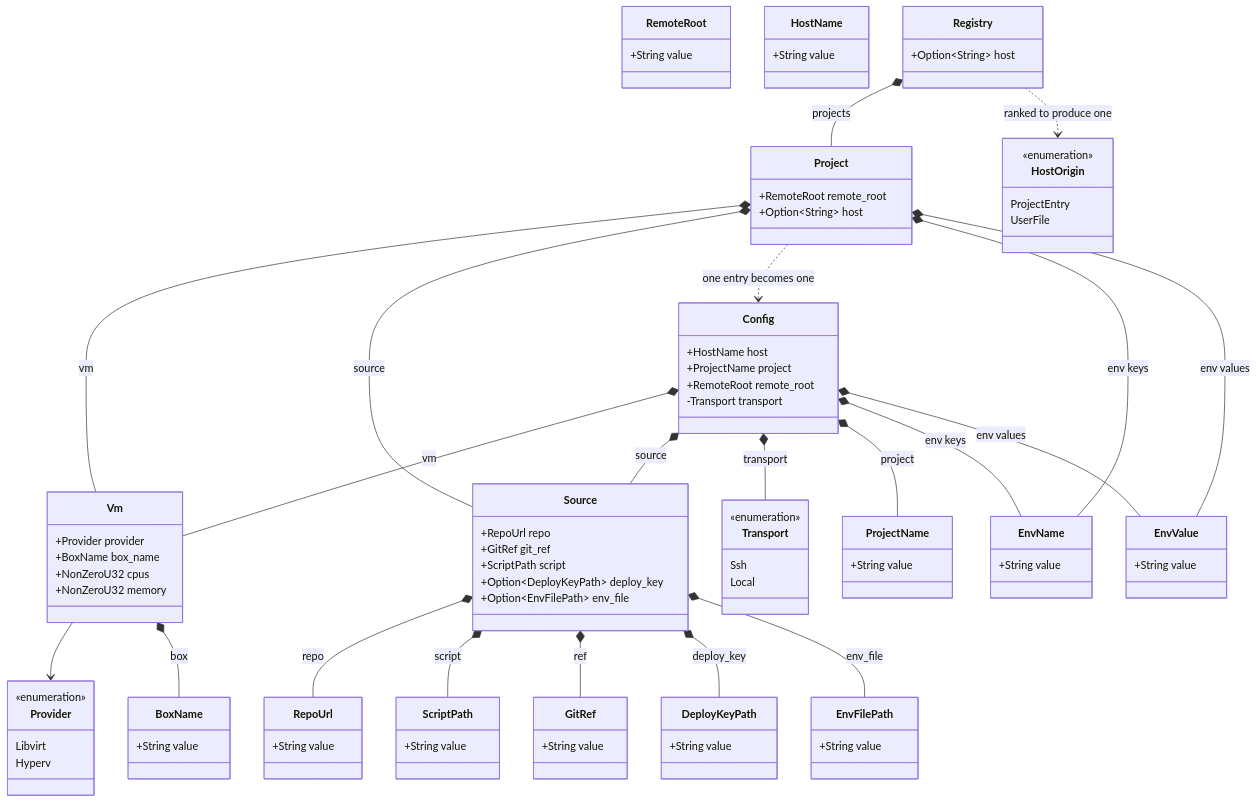
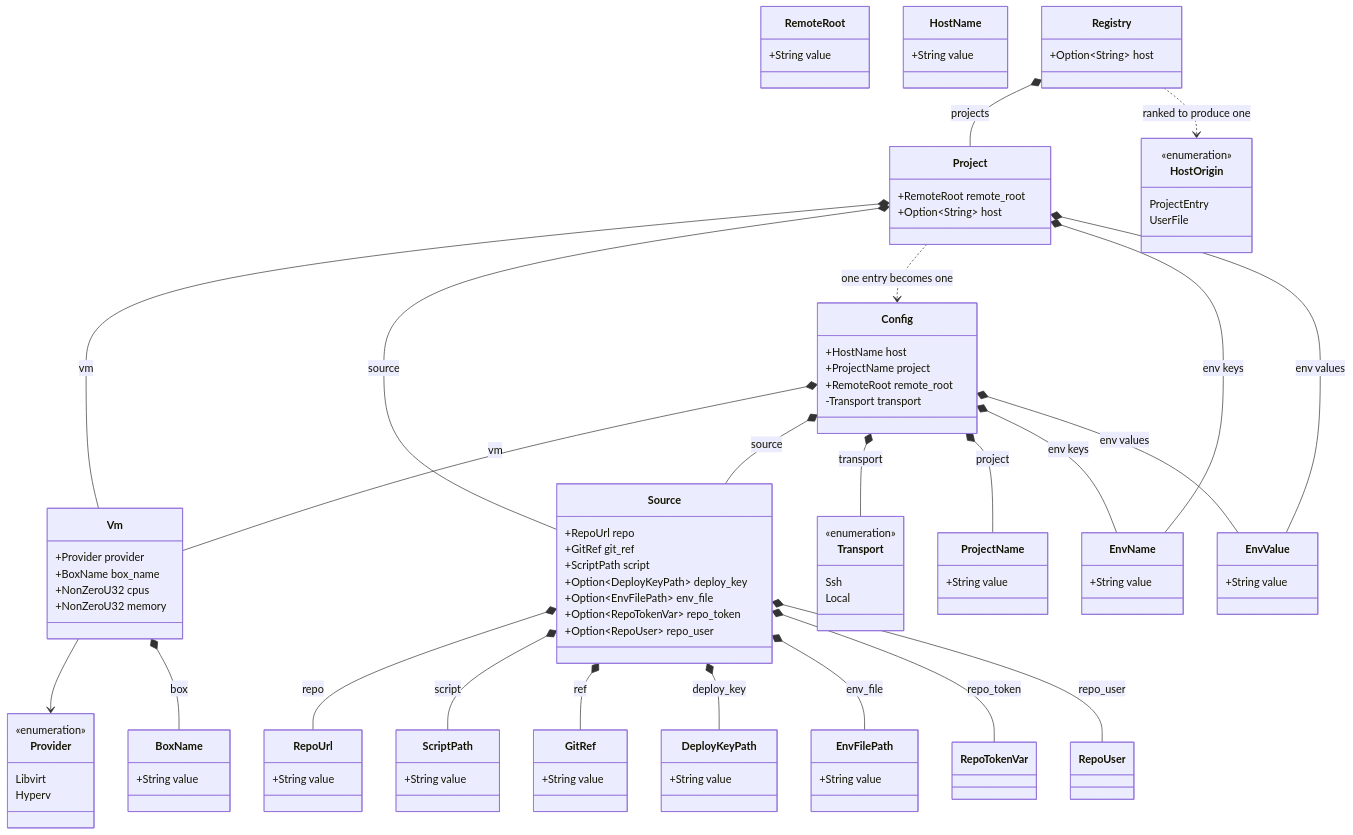
One commit to breki/bombyx changed the third of 6 diagrams in docs/architecture.md. Above: the diagram before and after it, drawn with Mermaid. The commit also changed other lines of this file and 25 other files, not shown here.

```diff
--- a/docs/architecture.md
+++ b/docs/architecture.md
@@ -242,6 +245,8 @@
     +ScriptPath script
     +Option~DeployKeyPath~ deploy_key
     +Option~EnvFilePath~ env_file
+    +Option~RepoTokenVar~ repo_token
+    +Option~RepoUser~ repo_user
   }
   class RepoUrl {
     +String value
@@ -312,6 +317,8 @@
   Source *-- GitRef : ref
   Source *-- DeployKeyPath : deploy_key
   Source *-- EnvFilePath : env_file
+  Source *-- RepoTokenVar : repo_token
+  Source *-- RepoUser : repo_user
   Vm *-- BoxName : box
   Config *-- ProjectName : project
   Config *-- EnvName : env keys
```
